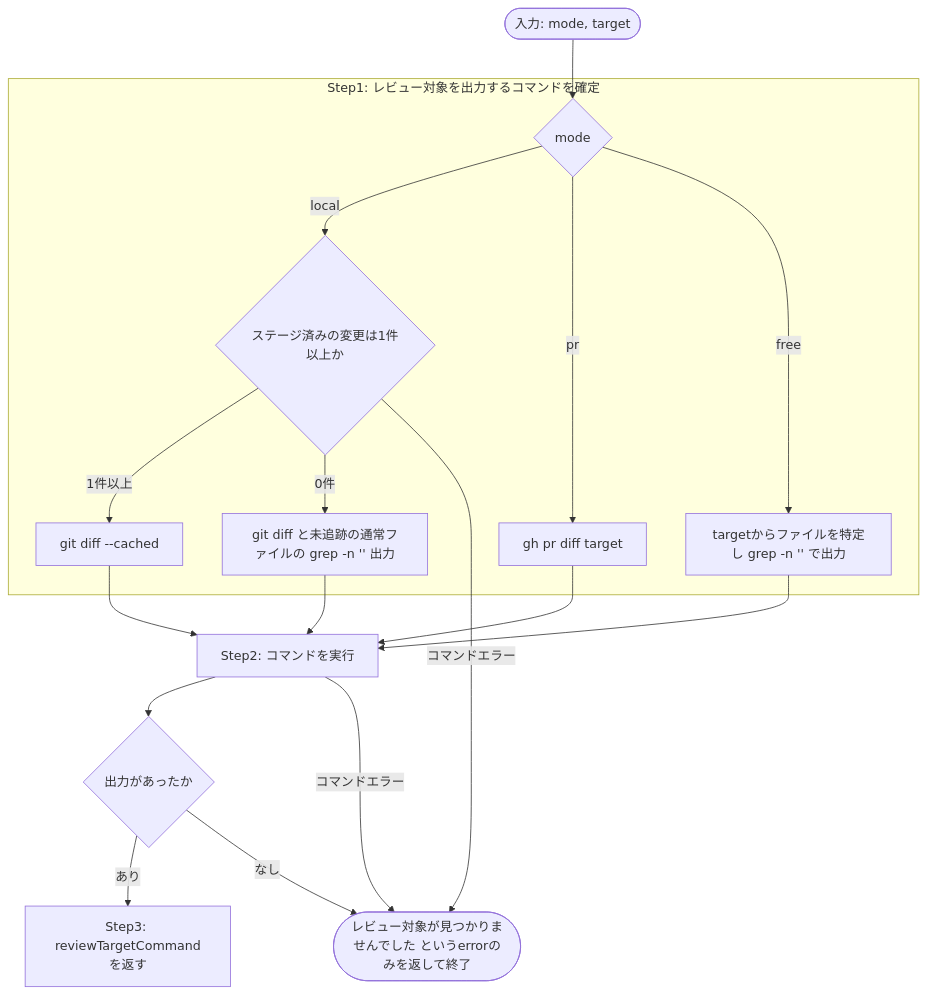
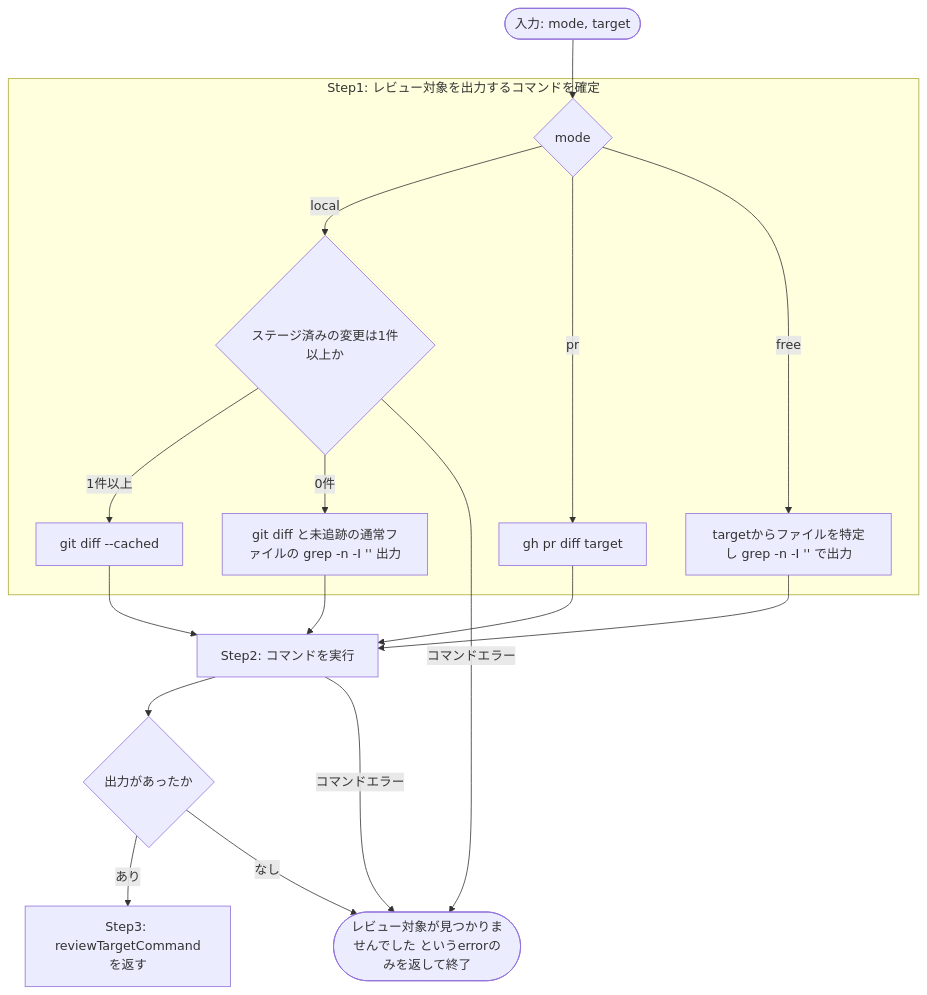
One commit to Flupinochan/metalmental-claude changed the second of 2 diagrams in plugins/code-review-by-book/README.md. Above: the diagram before and after it, drawn with Mermaid. The commit also changed 3 other files, not shown here.

````diff
--- a/plugins/code-review-by-book/README.md
+++ b/plugins/code-review-by-book/README.md
@@ -61,23 +61,23 @@
 ```mermaid
 flowchart TD
     A(["入力: mode, target"]) --> B{"mode"}
 
     subgraph S1["Step1: レビュー対象を出力するコマンドを確定"]
         B -- local --> C{"ステージ済みの変更は1件以上か"}
         C -- 1件以上 --> D["git diff --cached"]
-        C -- 0件 --> E["git diff と未追跡の通常ファイルの grep -n '' 出力"]
+        C -- 0件 --> E["git diff と未追跡の通常ファイルの grep -n -I '' 出力"]
         B -- pr --> F["gh pr diff target"]
-        B -- free --> G["targetからファイルを特定し grep -n '' で出力"]
+        B -- free --> G["targetからファイルを特定し grep -n -I '' で出力"]
     end
 
     D --> H["Step2: コマンドを実行"]
     E --> H
     F --> H
     G --> H
     H --> I{"出力があったか"}
     I -- あり --> M["Step3: reviewTargetCommandを返す"]
 
     I -- なし --> Z(["レビュー対象が見つかりませんでした というerrorのみを返して終了"])
     C -- コマンドエラー --> Z
     H -- コマンドエラー --> Z
 ```
````
